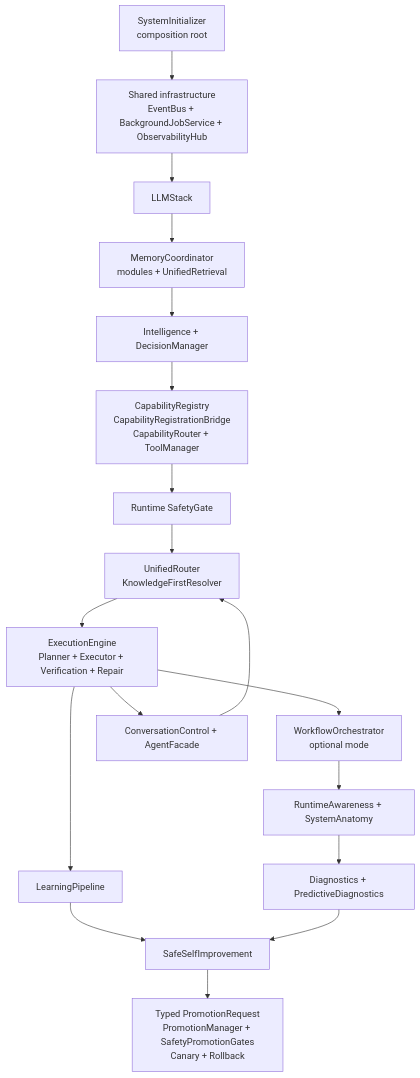
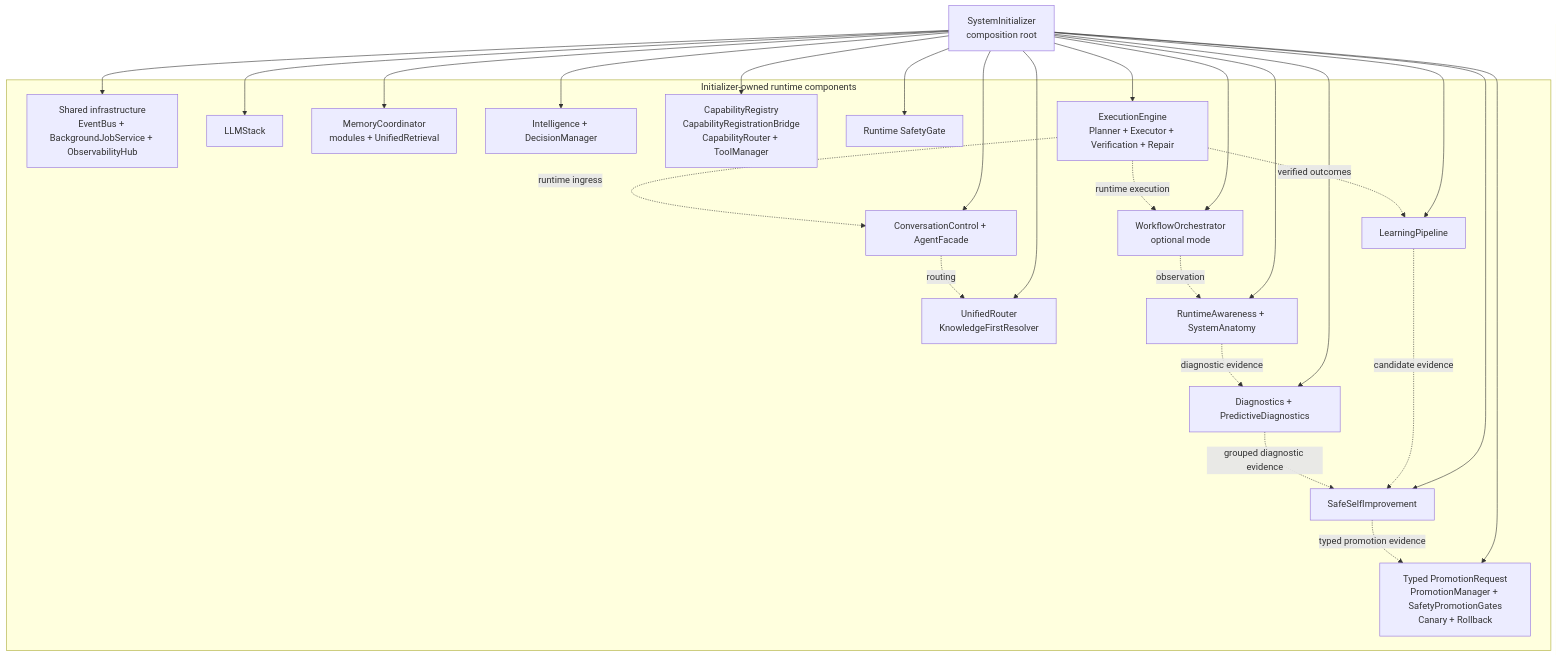
Before and after one commit to bingzwork/Freya: the diagram in TARGET_ARCHITECTURE.md, drawn with Mermaid. The commit also changed other lines of this file and 7 other files, not shown here.

Commit message:
fix: route grouped diagnostics into self-improvement

````diff
--- a/TARGET_ARCHITECTURE.md
+++ b/TARGET_ARCHITECTURE.md
@@ -44,30 +46,47 @@
 ```mermaid
 flowchart TB
     INIT[SystemInitializer\ncomposition root]
-    INF[Shared infrastructure\nEventBus + BackgroundJobService + ObservabilityHub]
-    LLM[LLMStack]
-    MEMORY[MemoryCoordinator\nmodules + UnifiedRetrieval]
-    INTEL[Intelligence + DecisionManager]
-    CAP[CapabilityRegistry\nCapabilityRegistrationBridge\nCapabilityRouter + ToolManager]
-    SAFETY[Runtime SafetyGate]
-    ROUTE[UnifiedRouter\nKnowledgeFirstResolver]
-    EXEC[ExecutionEngine\nPlanner + Executor + Verification + Repair]
-    WF[WorkflowOrchestrator\noptional mode]
-    CONV[ConversationControl + AgentFacade]
-    LEARN[LearningPipeline]
-    OBS[RuntimeAwareness + SystemAnatomy]
-    DIAG[Diagnostics + PredictiveDiagnostics]
-    IMPROVE[SafeSelfImprovement]
-    PROMOTE[Typed PromotionRequest\nPromotionManager + SafetyPromotionGates\nCanary + Rollback]
+    subgraph COMPONENTS[Initializer-owned runtime components]
+        INF[Shared infrastructure\nEventBus + BackgroundJobService + ObservabilityHub]
+        LLM[LLMStack]
+        MEMORY[MemoryCoordinator\nmodules + UnifiedRetrieval]
+        INTEL[Intelligence + DecisionManager]
+        CAP[CapabilityRegistry\nCapabilityRegistrationBridge\nCapabilityRouter + ToolManager]
+        SAFETY[Runtime SafetyGate]
+        ROUTE[UnifiedRouter\nKnowledgeFirstResolver]
+        EXEC[ExecutionEngine\nPlanner + Executor + Verification + Repair]
+        WF[WorkflowOrchestrator\noptional mode]
+        CONV[ConversationControl + AgentFacade]
+        LEARN[LearningPipeline]
+        OBS[RuntimeAwareness + SystemAnatomy]
+        DIAG[Diagnostics + PredictiveDiagnostics]
+        IMPROVE[SafeSelfImprovement]
+        PROMOTE[Typed PromotionRequest\nPromotionManager + SafetyPromotionGates\nCanary + Rollback]
+    end
 
-    INIT --> INF --> LLM --> MEMORY --> INTEL --> CAP --> SAFETY --> ROUTE --> EXEC
-    EXEC --> WF
-    EXEC --> CONV
-    CONV --> ROUTE
-    EXEC --> LEARN
-    WF --> OBS
-    OBS --> DIAG
-    LEARN --> IMPROVE
-    DIAG --> IMPROVE
-    IMPROVE --> PROMOTE
+    INIT --> INF
+    INIT --> LLM
+    INIT --> MEMORY
+    INIT --> INTEL
+    INIT --> CAP
+    INIT --> SAFETY
+    INIT --> ROUTE
+    INIT --> EXEC
+    INIT --> WF
+    INIT --> CONV
+    INIT --> LEARN
+    INIT --> OBS
+    INIT --> DIAG
+    INIT --> IMPROVE
+    INIT --> PROMOTE
+
+    EXEC -. runtime execution .-> WF
+    EXEC -. runtime ingress .-> CONV
+    CONV -. routing .-> ROUTE
+    EXEC -. verified outcomes .-> LEARN
+    WF -. observation .-> OBS
+    OBS -. diagnostic evidence .-> DIAG
+    LEARN -. candidate evidence .-> IMPROVE
+    DIAG -. grouped diagnostic evidence .-> IMPROVE
+    IMPROVE -. typed promotion evidence .-> PROMOTE
 ```
````
